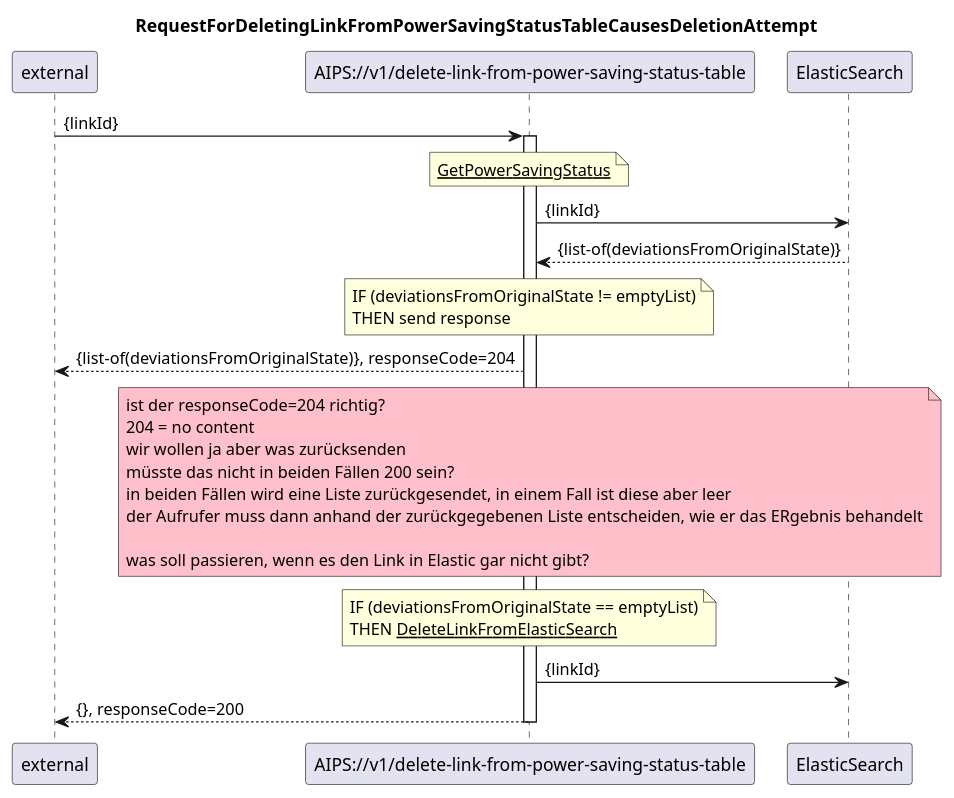
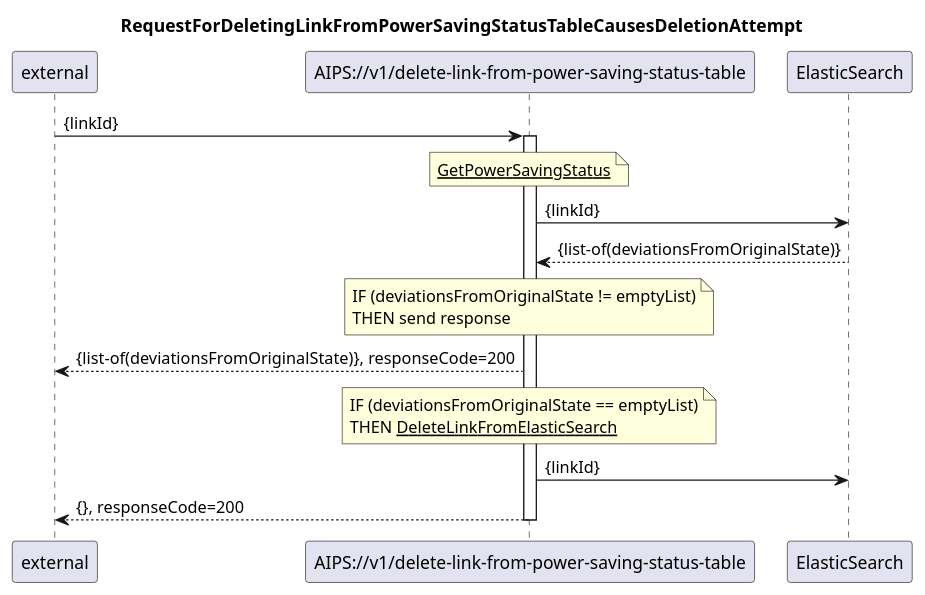
One commit to openBackhaul/AirInterfacePowerSaver changed the diagram in spec/diagrams/07_PowerSavingStatus/705_deleteLinkFromPowerSavingStatusTable.plantuml. Above: the diagram before and after it, drawn with PlantUML. The commit also changed 4 other files, not shown here.

Commit message:
refined diagrams

```diff
--- a/spec/diagrams/07_PowerSavingStatus/705_deleteLinkFromPowerSavingStatusTable.plantuml
+++ b/spec/diagrams/07_PowerSavingStatus/705_deleteLinkFromPowerSavingStatusTable.plantuml
@@ -1,55 +1,45 @@
 @startuml 705_deleteLinkFromPowerSavingStatusTable
 skinparam responseMessageBelowArrow true
 
 title
 RequestForDeletingLinkFromPowerSavingStatusTableCausesDeletionAttempt
 end title
 
 participant "external" as requestor
 participant "AIPS://v1/delete-link-from-power-saving-status-table" as delete
 participant "ElasticSearch" as es
 
 requestor -> delete: {linkId}
 activate delete
 
 'get all linkIds from power saving status table
 note over delete
   <u>GetPowerSavingStatus</u>
 end note
 delete -> es: {linkId}
 es --> delete: {list-of(deviationsFromOriginalState)} 
 
 note over delete
     IF (deviationsFromOriginalState != emptyList)
     THEN send response
 end note
-delete --> requestor: {list-of(deviationsFromOriginalState)}, responseCode=204
-
-note over delete #Pink
-  ist der responseCode=204 richtig?
-  204 = no content
-  wir wollen ja aber was zurücksenden
-  müsste das nicht in beiden Fällen 200 sein?
-  in beiden Fällen wird eine Liste zurückgesendet, in einem Fall ist diese aber leer
-  der Aufrufer muss dann anhand der zurückgegebenen Liste entscheiden, wie er das ERgebnis behandelt
-
-  was soll passieren, wenn es den Link in Elastic gar nicht gibt?
-end note
-
+'we cannot use responseCode 204 to indicate that the list is not empty, 
+'because the module list shall be returned, which requires responseCode to be 200
+delete --> requestor: {list-of(deviationsFromOriginalState)}, responseCode=200
 
 'now cleanup
 note over delete
     IF (deviationsFromOriginalState == emptyList)
     THEN <u>DeleteLinkFromElasticSearch</u>
 end note
 delete -> es: {linkId}
 
 delete --> requestor: {}, responseCode=200
 
 
 
 
 
 deactivate delete 
 
 @enduml
```
